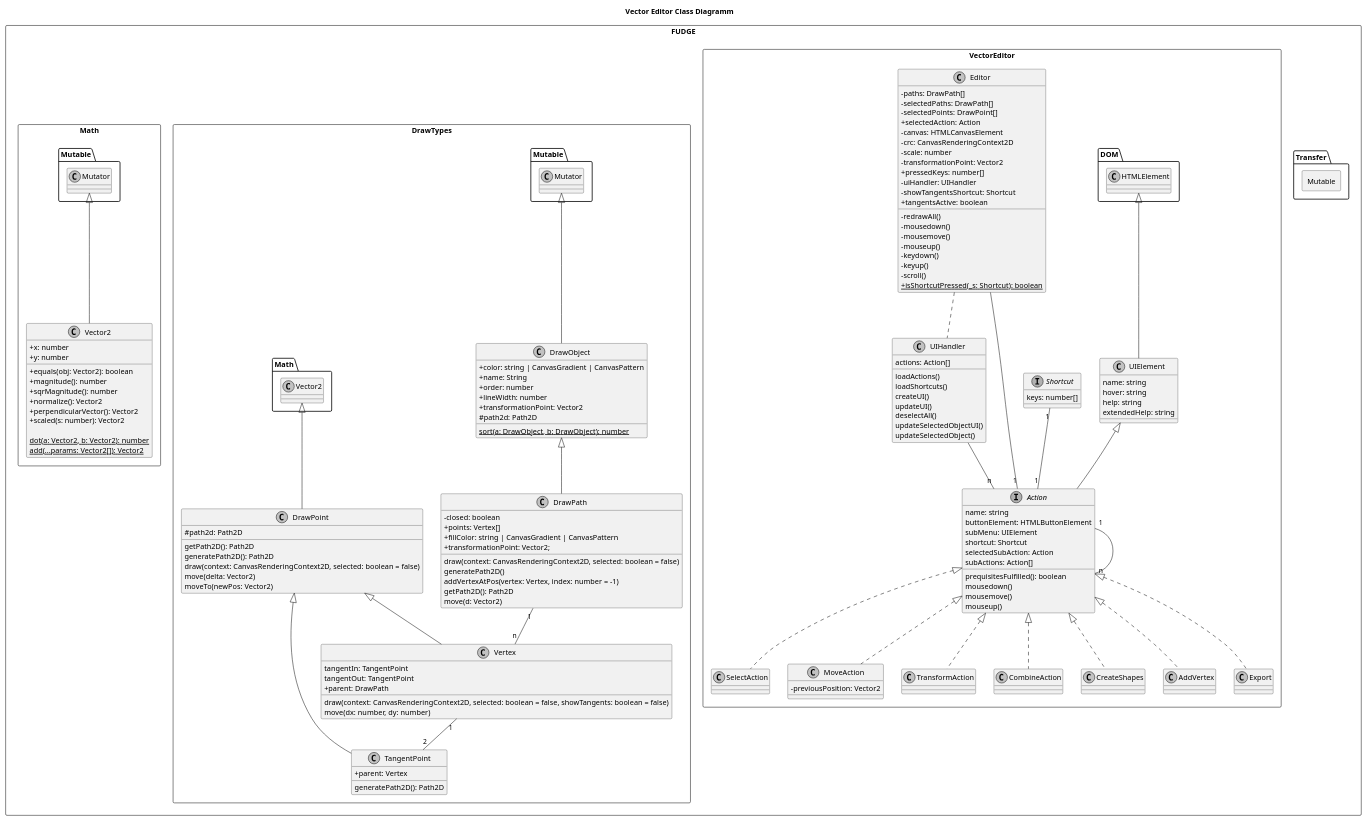
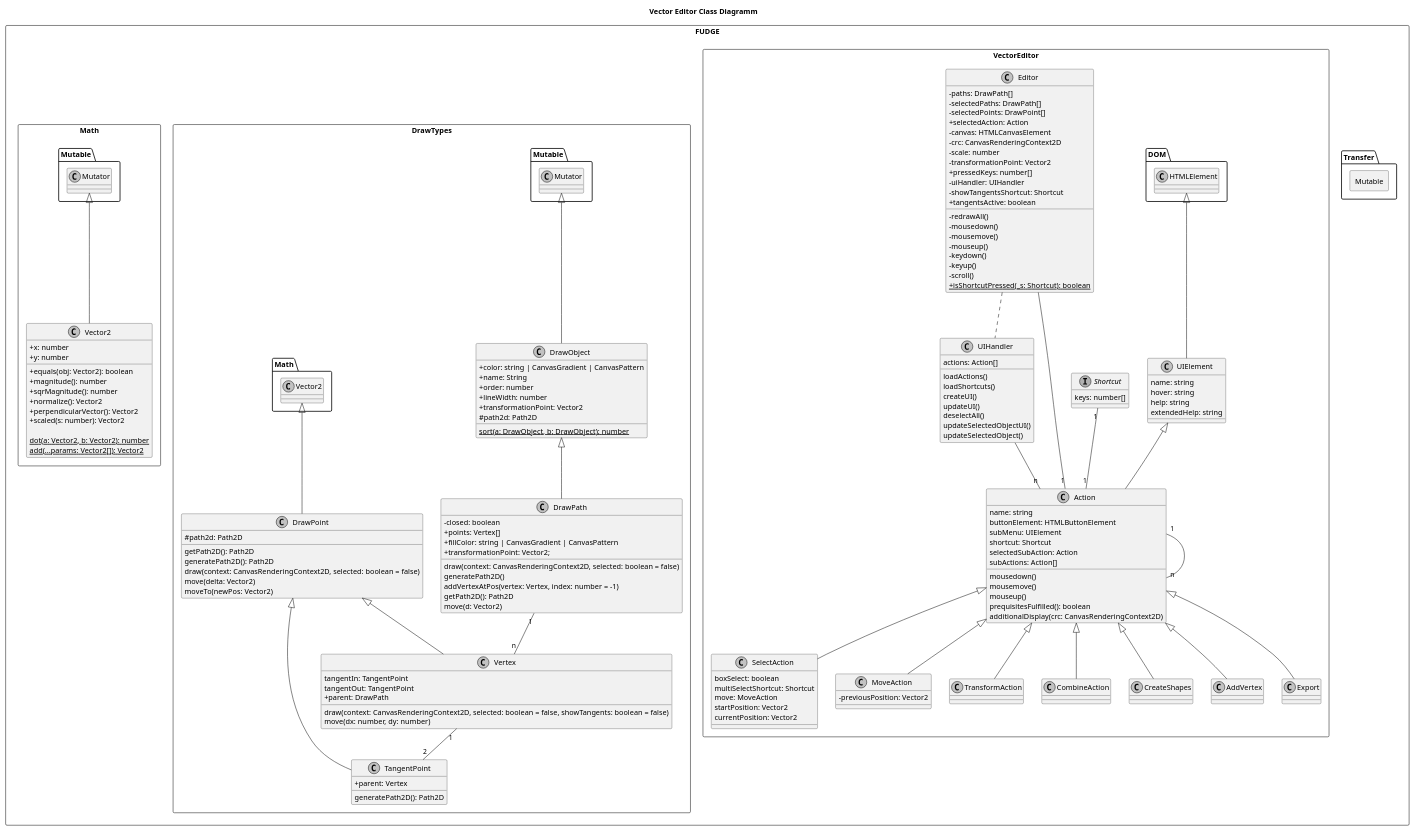
One commit to JirkaDellOro/FUDGE changed the diagram in Experiments/Lukas/VectorEditor/concept/Classes.puml. Above: the diagram before and after it, drawn with PlantUML. The commit also changed 8 other files, not shown here.

Commit message:
more activity diagrams

```diff
--- a/Experiments/Lukas/VectorEditor/concept/Classes.puml
+++ b/Experiments/Lukas/VectorEditor/concept/Classes.puml
@@ -1,175 +1,181 @@
 @startuml VE Classes
 skinparam monochrome true
 skinparam componentStyle uml2
 skinparam classAttributeIconSize 0
 skinparam shadowing false
 skinparam handwritten false
 
 title Vector Editor Class Diagramm
 
 ' left to right direction
 package FUDGE <<Rectangle>> {
 	package Transfer {
 		package Mutable <<Rectangle>>{
 			
 		}
 	}
 
 	package VectorEditor <<Rectangle>>{
 		interface Shortcut{
 			keys: number[]
 		}
 		class UIHandler{
 			actions: Action[]
 			loadActions()
 			loadShortcuts()
 			createUI()
 			updateUI()
 			deselectAll()
 			updateSelectedObjectUI()
 			updateSelectedObject()
 		}
 
 		class Editor{
 			- paths: DrawPath[]
 			- selectedPaths: DrawPath[]
 			- selectedPoints: DrawPoint[]
 			+ selectedAction: Action
 			- canvas: HTMLCanvasElement
 			- crc: CanvasRenderingContext2D
 			- scale: number
 			- transformationPoint: Vector2
 			+ pressedKeys: number[]
 			- uiHandler: UIHandler
 			- showTangentsShortcut: Shortcut
 			+ tangentsActive: boolean
 
 			- redrawAll()
 			- mousedown()
 			- mousemove()
 			- mouseup()
 			- keydown()
 			- keyup()
 			- scroll()
 			{static} + isShortcutPressed(_s: Shortcut): boolean
 
 		}
 		class UIElement extends DOM.HTMLElement{
 			name: string
 			hover: string
 			help: string
 			extendedHelp: string
 			' element: HTMLElement
 		}
 
-		interface Action implements UIElement{
+		class Action extends UIElement{
 			name: string
 			buttonElement: HTMLButtonElement
 			subMenu: UIElement
 			shortcut: Shortcut
 			selectedSubAction: Action
 			subActions: Action[]
-			prequisitesFulfilled(): boolean
+			' cursor: Image
 			mousedown()
 			mousemove()
 			mouseup()
+			prequisitesFulfilled(): boolean
+			additionalDisplay(crc: CanvasRenderingContext2D)
 		}
 
-		class SelectAction implements Action {
+		class SelectAction extends Action {
+			boxSelect: boolean
+			multiSelectShortcut: Shortcut
+			move: MoveAction
+			startPosition: Vector2
+			currentPosition: Vector2
+		}
+		class MoveAction extends Action {
+			- previousPosition: Vector2
+		}
+		class TransformAction extends Action {
 
 		}
-		class MoveAction implements Action {
-			- previousPosition: Vector2
-		}
-		class TransformAction implements Action {
+		class CombineAction extends Action {
 
 		}
-		class CombineAction implements Action {
+		class CreateShapes extends Action {
 
 		}
-		class CreateShapes implements Action {
+		class AddVertex extends Action {
 
 		}
-		class AddVertex implements Action {
-
-		}
-		class Export implements Action {
+		class Export extends Action {
 
 		}
 
 		'Associations
 		Shortcut "1"-- "1"Action
 		UIHandler -- "n" Action
 		Editor -- "1" Action
 		Editor .. UIHandler
 		Action "1"--"n" Action
 	}
 	package DrawTypes <<Rectangle>>{
 		class DrawObject extends Mutable.Mutator{
 			+ color: string | CanvasGradient | CanvasPattern
 			+ name: String
 			+ order: number
 			+ lineWidth: number
 			+ transformationPoint: Vector2
 			# path2d: Path2D
 			{static} sort(a: DrawObject, b: DrawObject): number
 		}
 
 		class DrawPath extends DrawObject {
 			- closed: boolean
 			+ points: Vertex[]
 			+ fillColor: string | CanvasGradient | CanvasPattern
 			+ transformationPoint: Vector2;
 			draw(context: CanvasRenderingContext2D, selected: boolean = false)
 			generatePath2D()
 			addVertexAtPos(vertex: Vertex, index: number = -1)
 			getPath2D(): Path2D
 			move(d: Vector2)
 		}
 
 		class DrawPoint extends Math.Vector2{
 			# path2d: Path2D
 			' + x: number
 			' + y: number
 			getPath2D(): Path2D
 			generatePath2D(): Path2D
 			draw(context: CanvasRenderingContext2D, selected: boolean = false)
 			move(delta: Vector2)
 			moveTo(newPos: Vector2)
 		}
 
 		class Vertex extends DrawPoint {
 			tangentIn: TangentPoint
 			tangentOut: TangentPoint
 			+ parent: DrawPath
 			draw(context: CanvasRenderingContext2D, selected: boolean = false, showTangents: boolean = false)
 			move(dx: number, dy: number)
 		}
 
 		class TangentPoint extends DrawPoint {
 			+ parent: Vertex
 			generatePath2D(): Path2D
 		}
 
 		' Associations
 		DrawPath "1" -- "n" Vertex
 		Vertex "1" -- "2" TangentPoint
 	}
 
 	package Math <<rectangle>> {
 		class Vector2 extends Mutable.Mutator{
 			+ x: number
 			+ y: number
 
 			+ equals(obj: Vector2): boolean
 			+ magnitude(): number
 			+ sqrMagnitude(): number
 			+ normalize(): Vector2
 			+ perpendicularVector(): Vector2
 			+ scaled(s: number): Vector2
 
 			{static} dot(a: Vector2, b: Vector2): number
 			{static} add(...params: Vector2[]): Vector2
 	}
 }
 @enduml
```
